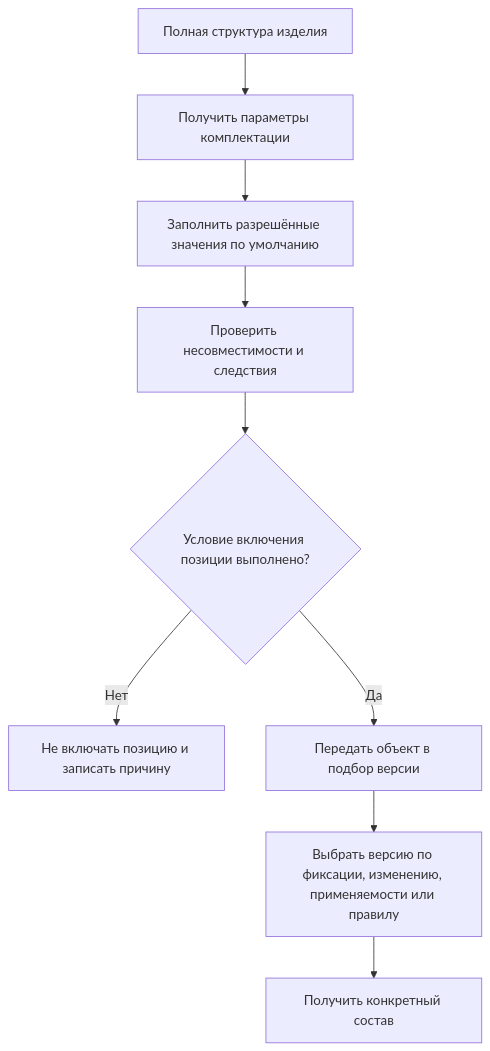
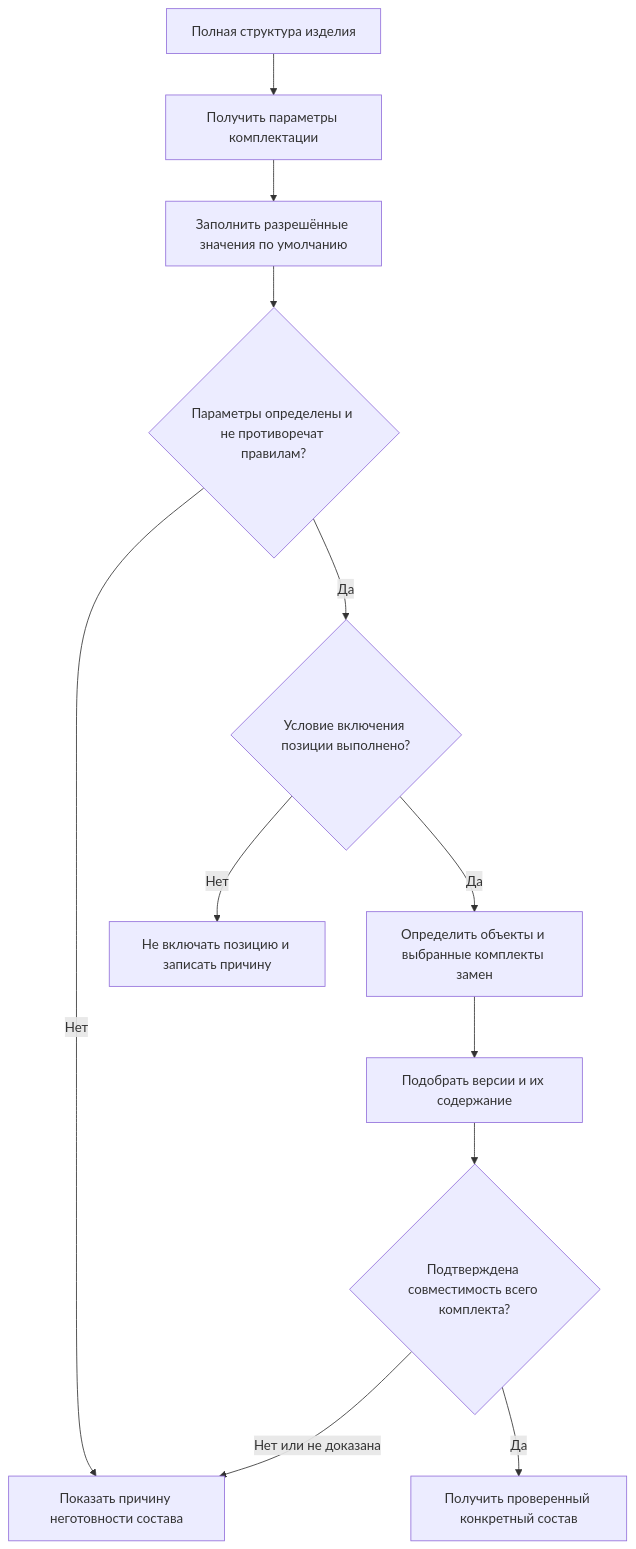
The first of 2 diagrams in docs/version-selection/13-configurator-and-presence.md (ZelAnton/Interlink-product-book), drawn with Mermaid before and after one commit. The commit also changed other lines of this file and 231 other files, not shown here.

````diff
--- a/docs/version-selection/13-configurator-and-presence.md
+++ b/docs/version-selection/13-configurator-and-presence.md
@@ -34,11 +37,14 @@
 ```mermaid
 flowchart TD
     A["Полная структура изделия"] --> B["Получить параметры комплектации"]
     B --> C["Заполнить разрешённые значения по умолчанию"]
-    C --> D["Проверить несовместимости и следствия"]
-    D --> E{"Условие включения позиции выполнено?"}
+    C --> D{"Параметры определены и не противоречат правилам?"}
+    D -->|Нет| X["Показать причину неготовности состава"]
+    D -->|Да| E{"Условие включения позиции выполнено?"}
     E -->|Нет| F["Не включать позицию и записать причину"]
-    E -->|Да| G["Передать объект в подбор версии"]
-    G --> H["Выбрать версию по фиксации, изменению, применяемости или правилу"]
-    H --> I["Получить конкретный состав"]
+    E -->|Да| G["Определить объекты и выбранные комплекты замен"]
+    G --> H["Подобрать версии и их содержание"]
+    H --> K{"Подтверждена совместимость всего комплекта?"}
+    K -->|Нет или не доказана| X
+    K -->|Да| I["Получить проверенный конкретный состав"]
 ```
````
